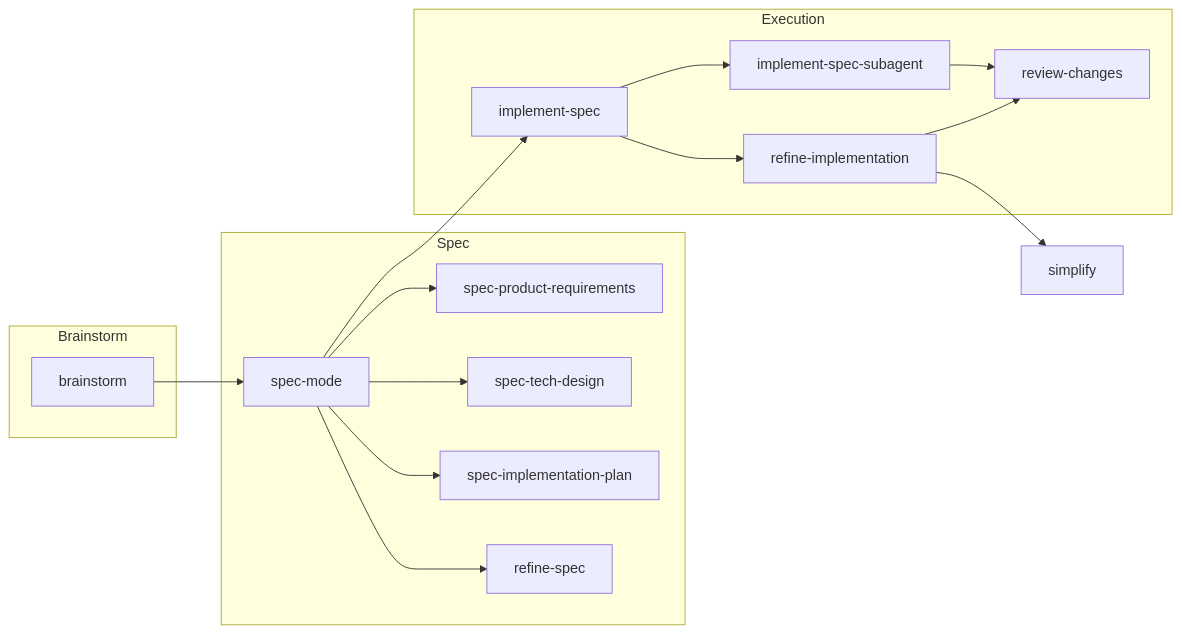
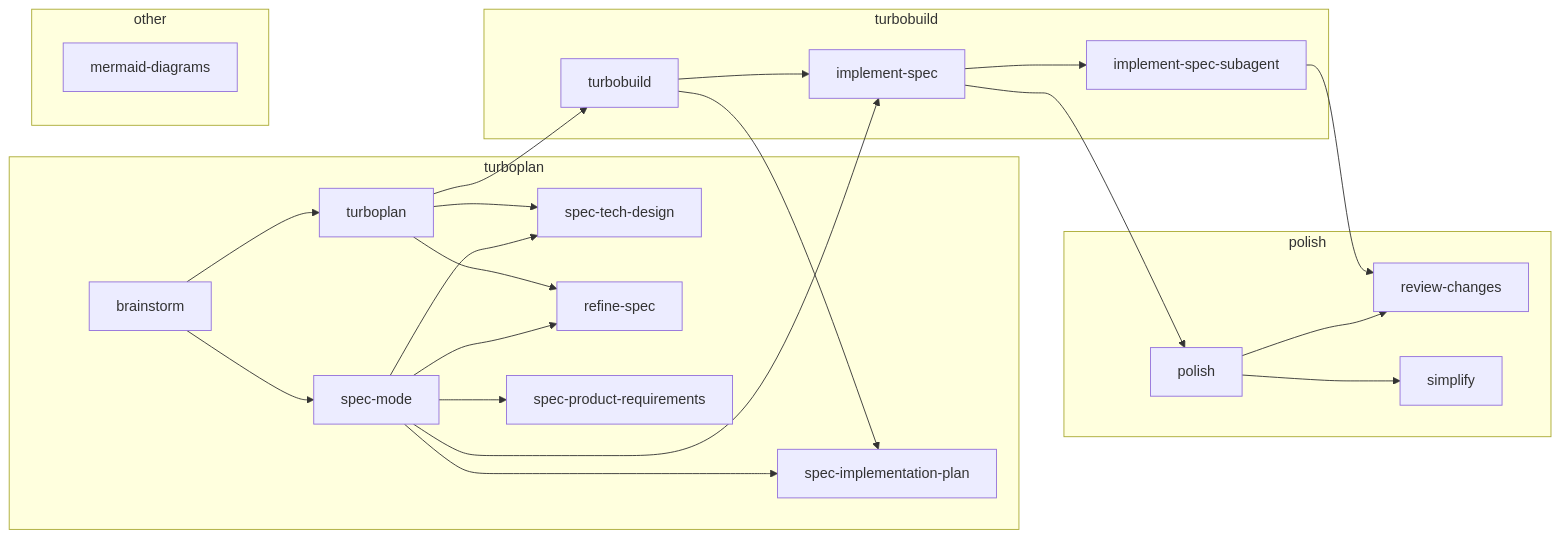
The diagram in docs/skills.md (rstacruz/agentic-toolkit), drawn with Mermaid before and after one commit. The commit also changed other lines of this file and 8 other files, not shown here.

````diff
--- a/docs/skills.md
+++ b/docs/skills.md
@@ -5,31 +5,43 @@
 ```mermaid
 graph LR
+  brainstorm --> turboplan["turboplan"]
   brainstorm --> specmode["spec-mode"]
+  turboplan --> spectech["spec-tech-design"]
+  turboplan --> refinespec["refine-spec"]
+  turboplan --> turbobuild["turbobuild"]
   specmode --> specprod["spec-product-requirements"]
   specmode --> spectech["spec-tech-design"]
   specmode --> specimpl["spec-implementation-plan"]
   specmode --> refinespec["refine-spec"]
   specmode --> implspec["implement-spec"]
+  turbobuild --> specimpl["spec-implementation-plan"]
+  turbobuild --> implspec["implement-spec"]
   implspec --> implsubagent["implement-spec-subagent"]
-  implspec --> refineimpl
+  implspec --> polish
   implsubagent --> reviewchanges["review-changes"]
-  refineimpl["refine-implementation"] --> reviewchanges
-  refineimpl --> simplify["simplify"]
+  polish["polish"] --> reviewchanges
+  polish --> simplify["simplify"]
 
-  subgraph Brainstorm
+  subgraph turboplan_group["turboplan"]
     brainstorm
-  end
-  subgraph Spec
+    turboplan
     specmode
     specprod
     spectech
     specimpl
     refinespec
   end
-  subgraph Execution
+  subgraph turbobuild_group["turbobuild"]
+    turbobuild
     implspec
     implsubagent
-    refineimpl
+  end
+  subgraph polish_group["polish"]
+    polish
     reviewchanges
+    simplify
+  end
+  subgraph other_group["other"]
+    mermaid["mermaid-diagrams"]
   end
 ```
````
